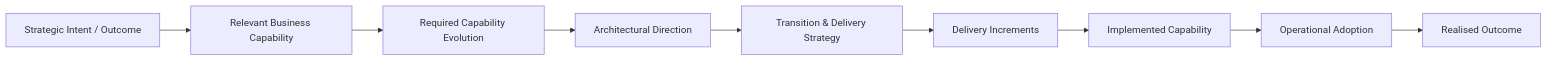
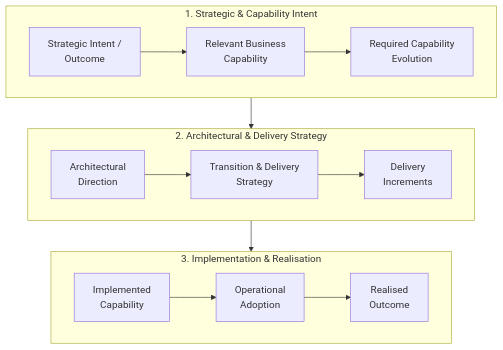
Before and after one commit to avfranco-br/portfolio: the first of 11 diagrams in docs/sop/04-delivery-enablement.md, drawn with Mermaid. The commit also changed other lines of this file and 10 other files, not shown here.

Commit message:
Refactor Mermaid diagrams across SOP and methods documentation for legibility

````diff
--- a/docs/sop/04-delivery-enablement.md
+++ b/docs/sop/04-delivery-enablement.md
@@ -62,20 +62,23 @@
 ```mermaid
-flowchart LR
-    A["Strategic Intent / Outcome"]
-    B["Relevant Business Capability"]
-    C["Required Capability Evolution"]
-    D["Architectural Direction"]
-    E["Transition & Delivery Strategy"]
-    F["Delivery Increments"]
-    G["Implemented Capability"]
-    H["Operational Adoption"]
-    I["Realised Outcome"]
-    A --> B
-    B --> C
+flowchart TD
+    subgraph Intent["1. Strategic & Capability Intent"]
+        direction LR
+        A["Strategic Intent /<br/>Outcome"] --> B["Relevant Business<br/>Capability"]
+        B --> C["Required Capability<br/>Evolution"]
+    end
+
+    subgraph Strategy["2. Architectural & Delivery Strategy"]
+        direction LR
+        D["Architectural<br/>Direction"] --> E["Transition & Delivery<br/>Strategy"]
+        E --> F["Delivery<br/>Increments"]
+    end
+
+    subgraph Realisation["3. Implementation & Realisation"]
+        direction LR
+        G["Implemented<br/>Capability"] --> H["Operational<br/>Adoption"]
+        H --> I["Realised<br/>Outcome"]
+    end
+
     C --> D
-    D --> E
-    E --> F
     F --> G
-    G --> H
-    H --> I
 ```
````
